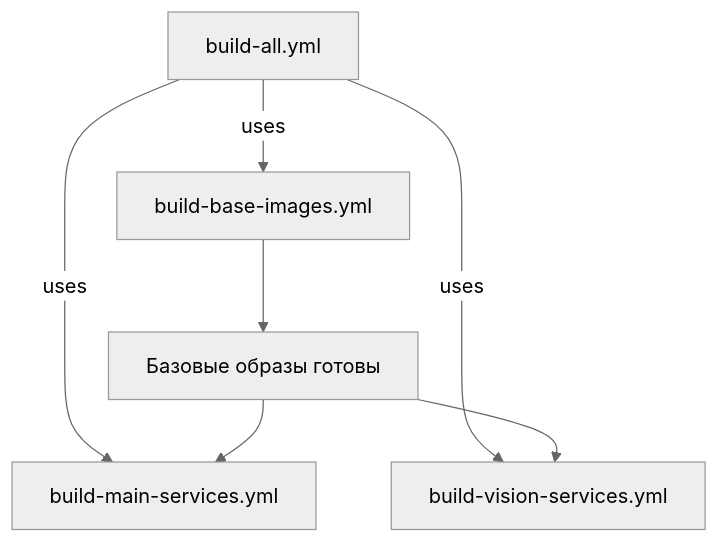
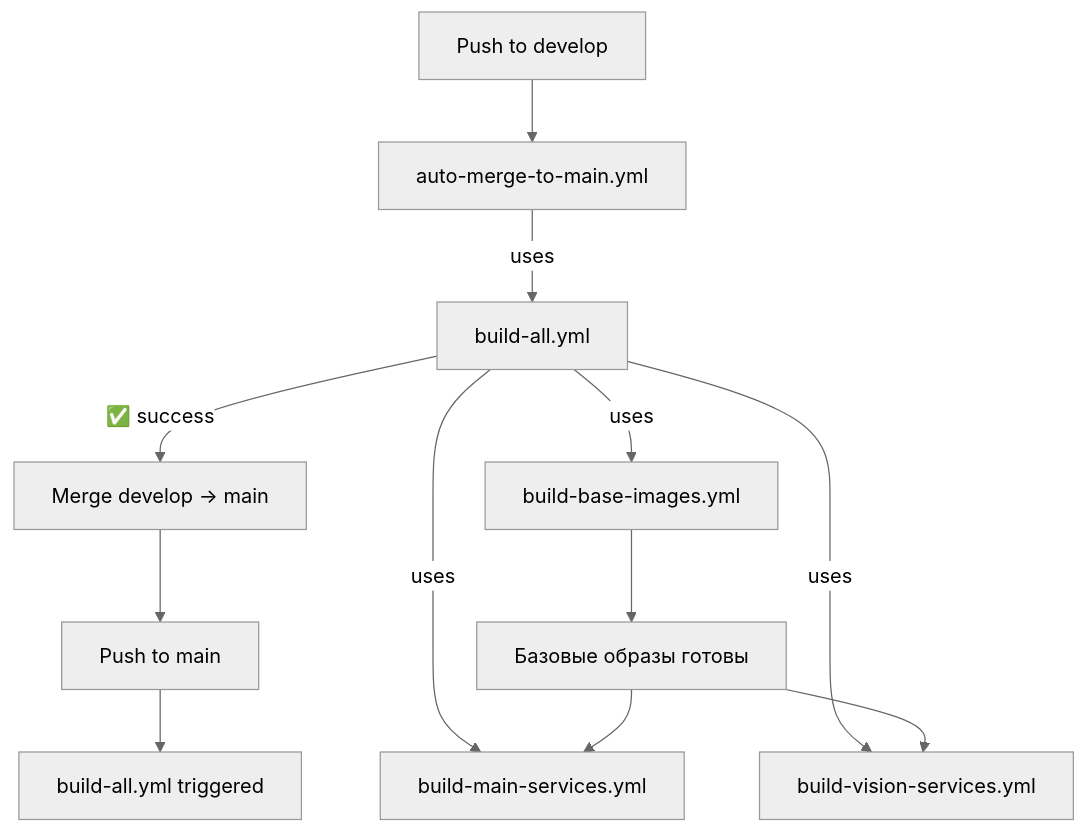
The diagram in .github/WORKFLOWS_GUIDE.md (krikz/rob_box_project), drawn with Mermaid (neutral theme) before and after one commit. The commit also changed other lines of this file and 3 other files, not shown here.

First line of the commit message:
ci: add auto-merge develop to main workflow

````diff
--- a/.github/WORKFLOWS_GUIDE.md
+++ b/.github/WORKFLOWS_GUIDE.md
@@ -33,9 +68,15 @@
 ```mermaid
 graph TD
-    A[build-all.yml] -->|uses| B[build-base-images.yml]
-    A -->|uses| C[build-main-services.yml]
-    A -->|uses| D[build-vision-services.yml]
+    DEV[Push to develop] --> AM[auto-merge-to-main.yml]
+    AM -->|uses| BA[build-all.yml]
+    BA -->|✅ success| MERGE[Merge develop → main]
+    MERGE --> MAIN[Push to main]
+    MAIN --> BA2[build-all.yml triggered]
+    
+    BA -->|uses| B[build-base-images.yml]
+    BA -->|uses| C[build-main-services.yml]
+    BA -->|uses| D[build-vision-services.yml]
     B --> E[Базовые образы готовы]
     E --> C
     E --> D
 ```
````
